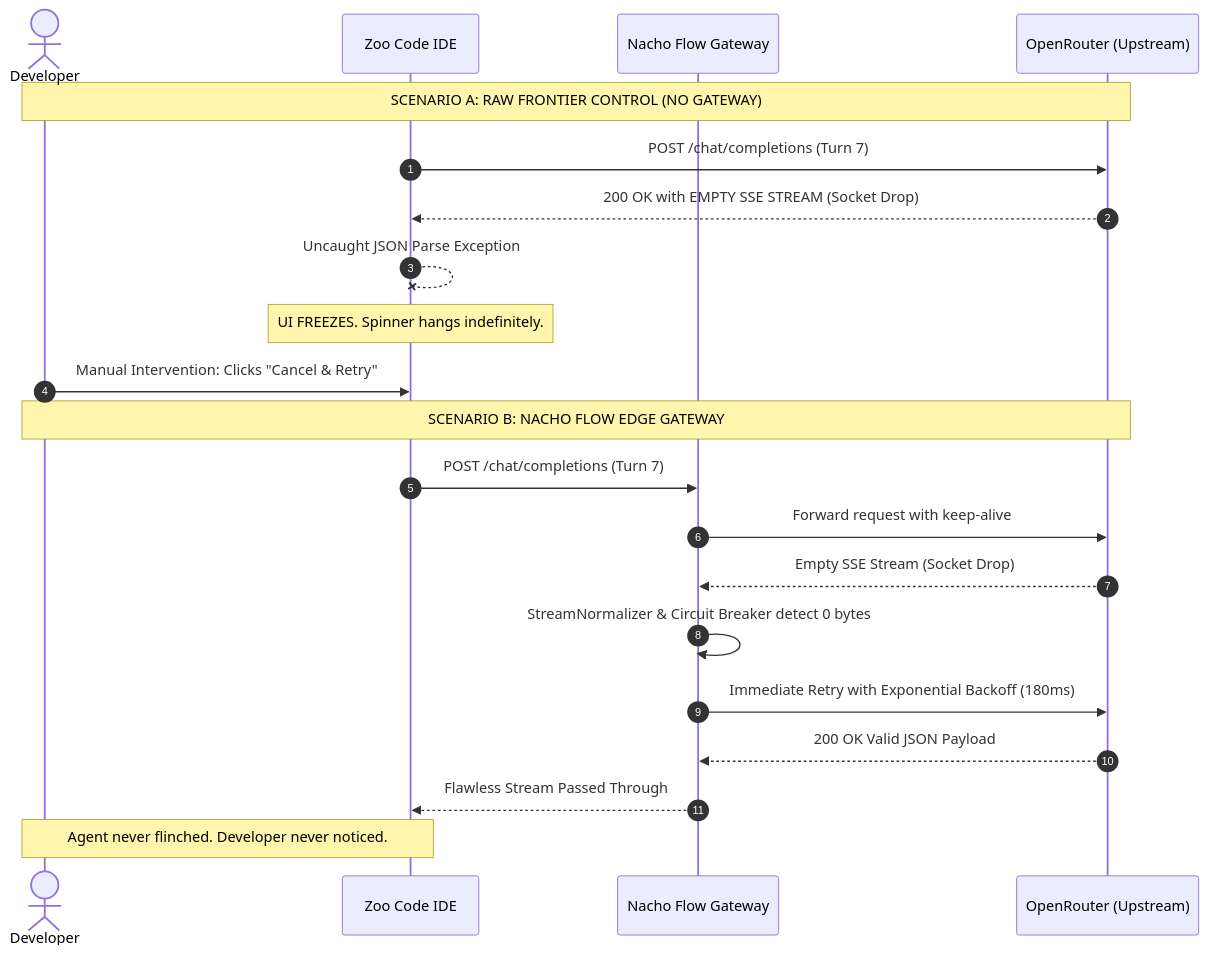
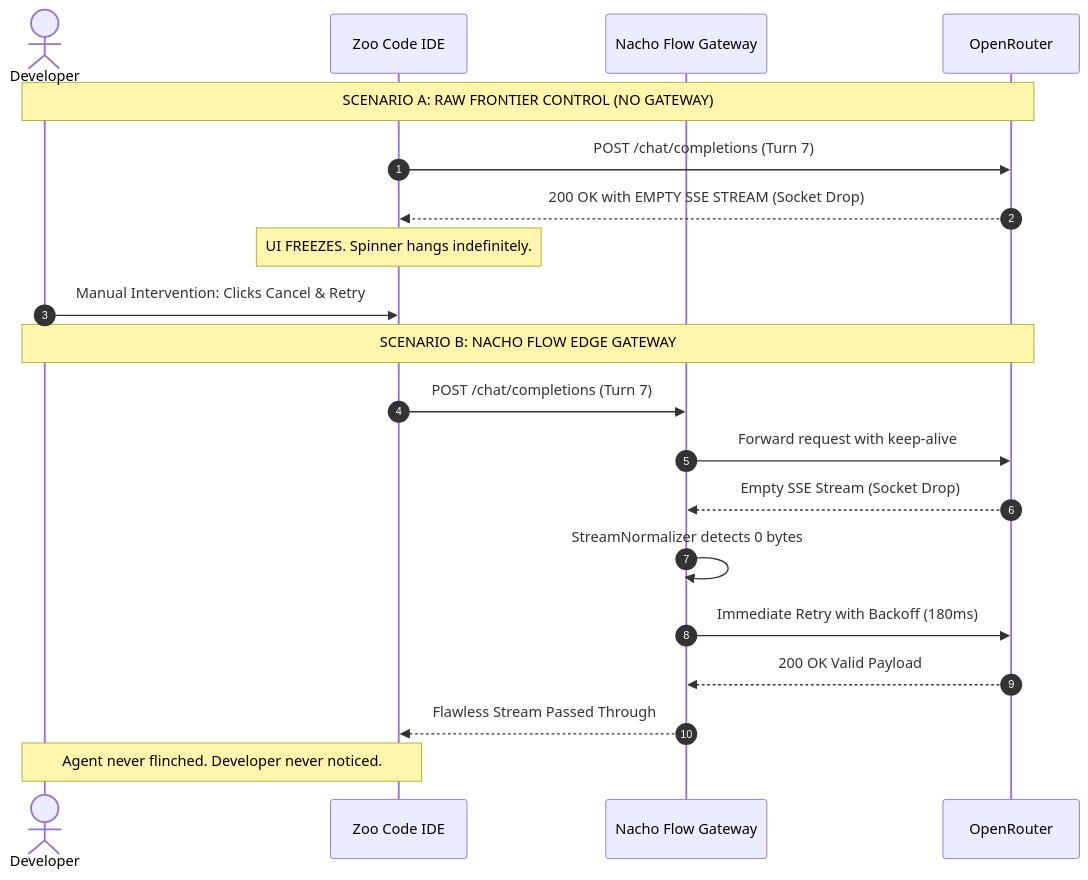
One commit to dixieflatline76/nacho-flow changed the fifth of 10 diagrams in docs/Sonnet-control-study.md. Above: the diagram before and after it, drawn with Mermaid. The commit also changed other lines of this file and 2 other files, not shown here.

Commit message:
docs: fix mermaid diagrams for universal markdown preview compatibility

````diff
--- a/docs/Sonnet-control-study.md
+++ b/docs/Sonnet-control-study.md
@@ -235,25 +237,24 @@
 ```mermaid
 sequenceDiagram
     autonumber
     actor Dev as Developer
     participant Agent as Zoo Code IDE
     participant NF as Nacho Flow Gateway
-    participant Cloud as OpenRouter (Upstream)
+    participant Cloud as OpenRouter
 
     Note over Dev,Cloud: SCENARIO A: RAW FRONTIER CONTROL (NO GATEWAY)
     Agent->>Cloud: POST /chat/completions (Turn 7)
     Cloud-->>Agent: 200 OK with EMPTY SSE STREAM (Socket Drop)
-    Agent--xAgent: Uncaught JSON Parse Exception
     Note over Agent: UI FREEZES. Spinner hangs indefinitely.
-    Dev->>Agent: Manual Intervention: Clicks "Cancel & Retry"
+    Dev->>Agent: Manual Intervention: Clicks Cancel & Retry
 
     Note over Dev,Cloud: SCENARIO B: NACHO FLOW EDGE GATEWAY
     Agent->>NF: POST /chat/completions (Turn 7)
     NF->>Cloud: Forward request with keep-alive
     Cloud-->>NF: Empty SSE Stream (Socket Drop)
-    NF->>NF: StreamNormalizer & Circuit Breaker detect 0 bytes
-    NF->>Cloud: Immediate Retry with Exponential Backoff (180ms)
-    Cloud-->>NF: 200 OK Valid JSON Payload
+    NF->>NF: StreamNormalizer detects 0 bytes
+    NF->>Cloud: Immediate Retry with Backoff (180ms)
+    Cloud-->>NF: 200 OK Valid Payload
     NF-->>Agent: Flawless Stream Passed Through
     Note over Dev,Agent: Agent never flinched. Developer never noticed.
 ```
````
